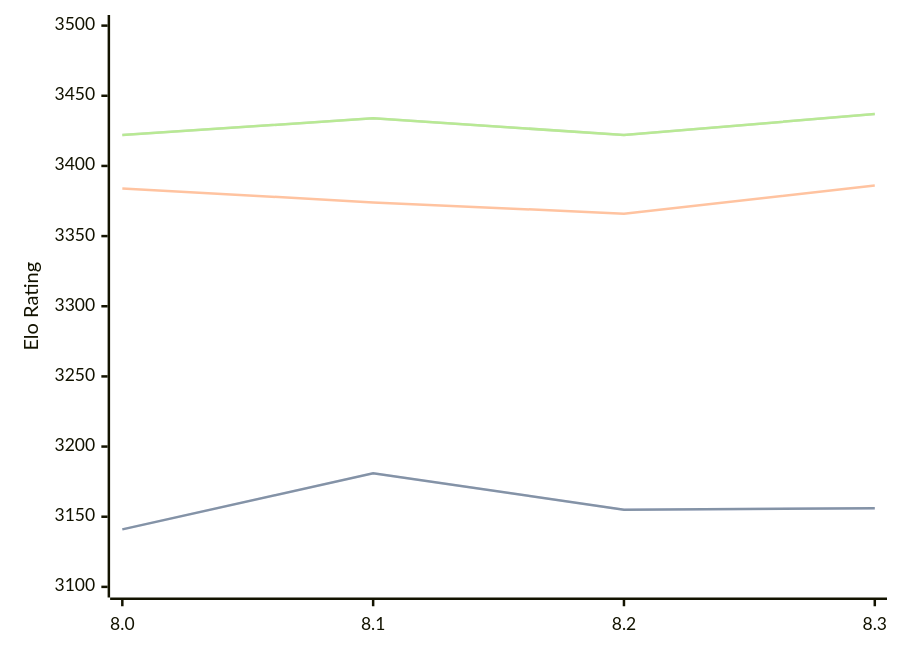
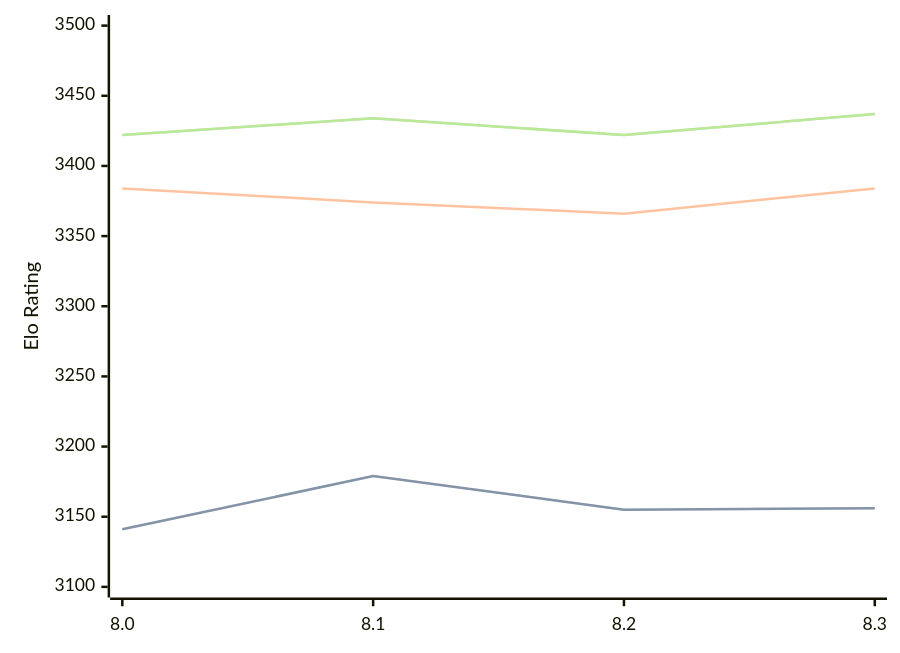
The diagram in engines/Alexander.md (computer-chess-index/cci), drawn with Mermaid before and after one commit. The commit also changed other lines of this file, not shown here.

````diff
--- a/engines/Alexander.md
+++ b/engines/Alexander.md
@@ -34,11 +34,11 @@
 ```mermaid
 %%{init: {"theme":"base","themeVariables":{"seriesColors:['#a3a3a3','#222221','#faa371']}}}%%
 xychart-beta
   x-axis ["8.0", "8.1", "8.2", "8.3"]
   y-axis "Elo Rating" 3100 --> 3500
-  line "" [3141, 3181, 3155, 3156]
-  line "STC (8.0+0.08s)" [3141, 3181, 3155, 3156]
-  line "LTC (60.0+0.60s)" [3384, 3374, 3366, 3386]
+  line "" [3141, 3179, 3155, 3156]
+  line "STC (8.0+0.08s)" [3141, 3179, 3155, 3156]
+  line "LTC (60.0+0.60s)" [3384, 3374, 3366, 3384]
   line "" [3422, 3434, 3422, 3437]
   line "VLTC (2m24s+1.12s)" [3422, 3434, 3422, 3437]
 ```
````
